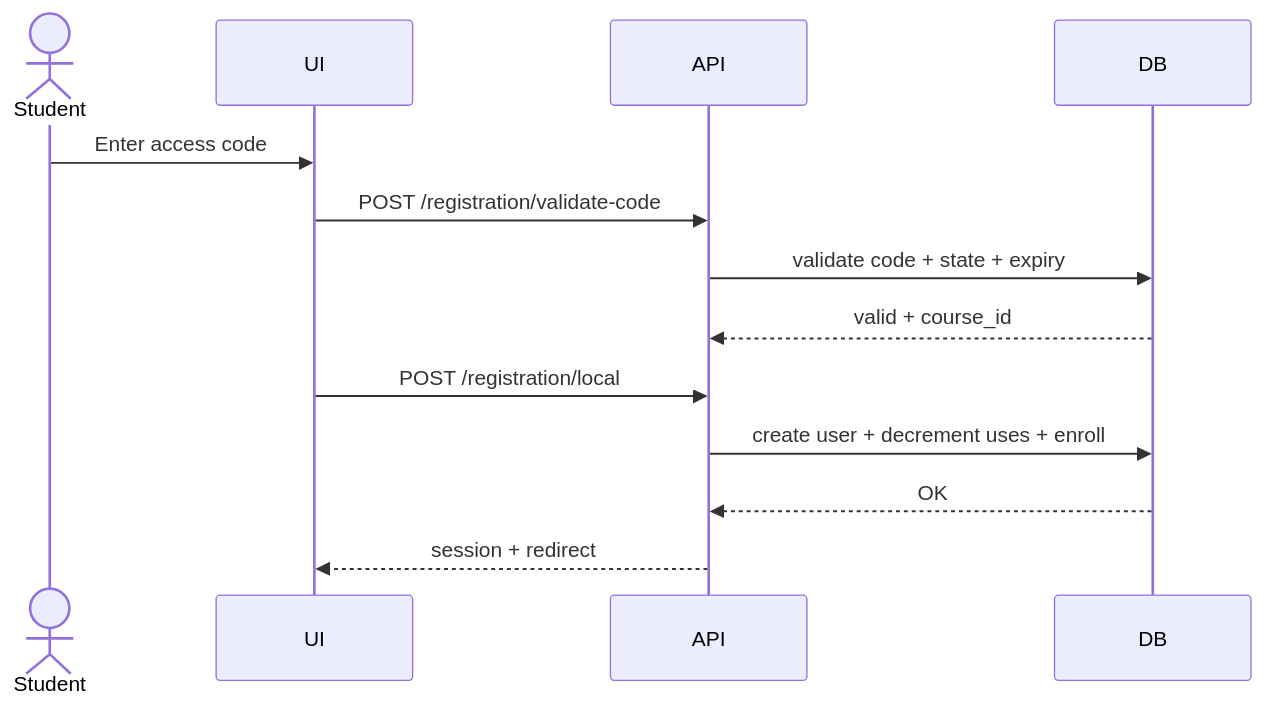
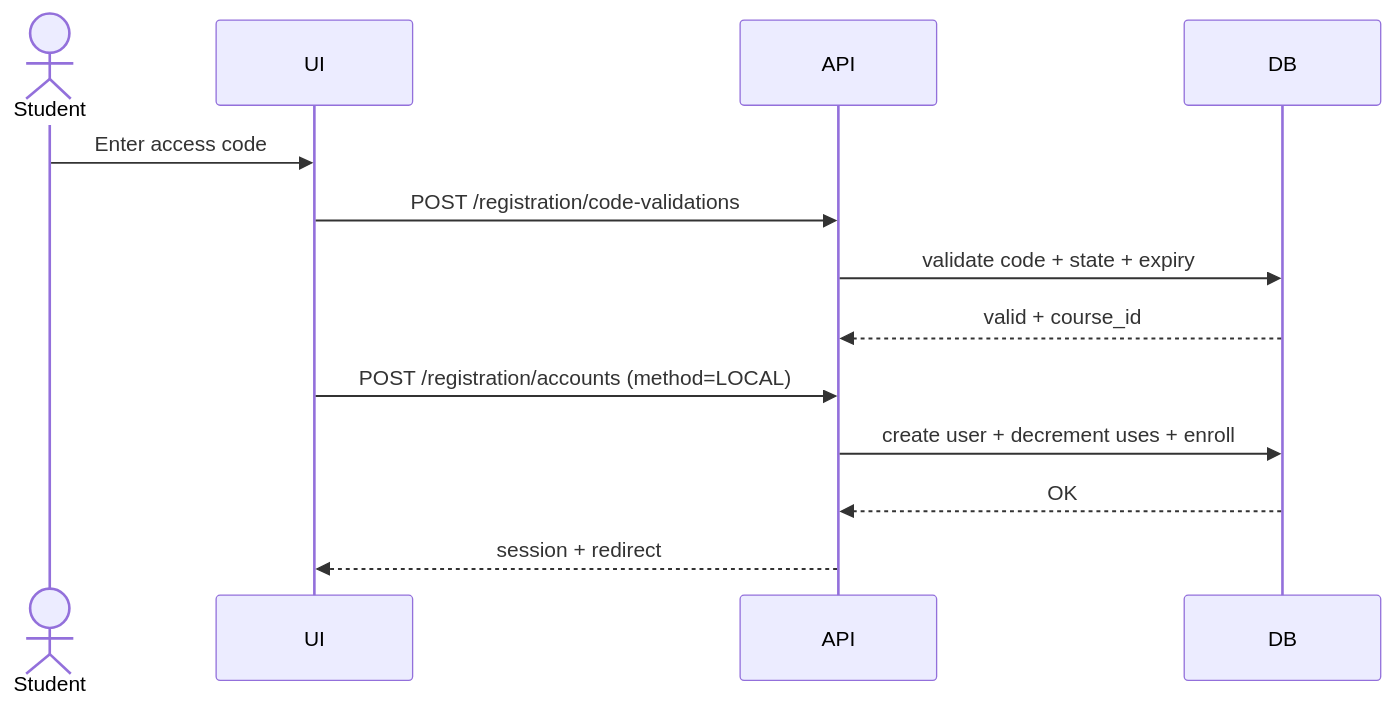
Before and after one commit to EswarTalasila/DjangoProject: the second of 3 diagrams in Docs/Wiki/design/Code-Generation.md, drawn with Mermaid. The commit also changed 25 other files, not shown here.

````diff
--- a/Docs/Wiki/design/Code-Generation.md
+++ b/Docs/Wiki/design/Code-Generation.md
@@ -134,16 +134,16 @@
 ```mermaid
 sequenceDiagram
   actor Student
   participant UI
   participant API
   participant DB
 
   Student->>UI: Enter access code
-  UI->>API: POST /registration/validate-code
+  UI->>API: POST /registration/code-validations
   API->>DB: validate code + state + expiry
   DB-->>API: valid + course_id
-  UI->>API: POST /registration/local
+  UI->>API: POST /registration/accounts (method=LOCAL)
   API->>DB: create user + decrement uses + enroll
   DB-->>API: OK
   API-->>UI: session + redirect
 ```
````
